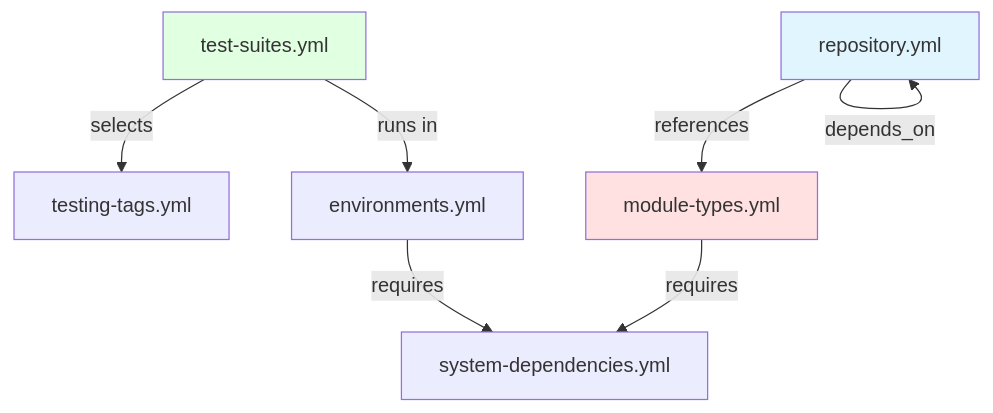
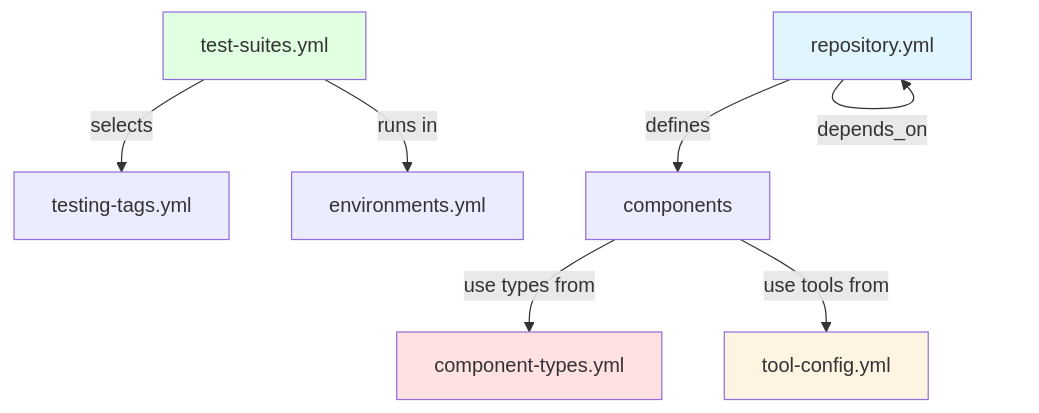
One commit to ready-to-release/eac changed the diagram in docs/reference/eac/architecture/contracts.md. Above: the diagram before and after it, drawn with Mermaid. The commit also changed other lines of this file and 284 other files, not shown here.

First line of the commit message:
refactor(multi-module): consolidate configuration defaults and implement book templates system

````diff
--- a/docs/reference/eac/architecture/contracts.md
+++ b/docs/reference/eac/architecture/contracts.md
@@ -389,13 +392,14 @@
 ```mermaid
 graph TB
-    Modules[repository.yml] -->|references| Types[module-types.yml]
+    Modules[repository.yml] -->|defines| Components[components]
+    Components -->|use types from| Types[component-types.yml]
+    Components -->|use tools from| Tools[tool-config.yml]
     Modules -->|depends_on| Modules
-    Types -->|requires| SysDeps[system-dependencies.yml]
     Suites[test-suites.yml] -->|selects| Tags[testing-tags.yml]
     Suites -->|runs in| Envs[environments.yml]
-    Envs -->|requires| SysDeps
 
     style Modules fill:#e1f5ff
     style Types fill:#ffe1e1
+    style Tools fill:#fff3e1
     style Suites fill:#e1ffe1
 ```
````
